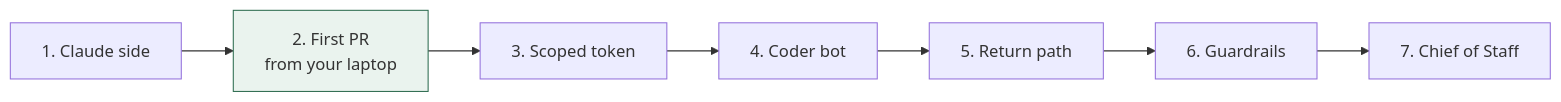
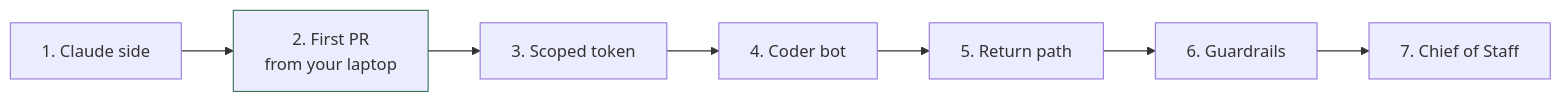
The diagram in docs/03-setup-guide.md (mathew-builds/Handoff), drawn with Mermaid before and after one commit. The commit also changed 6 other files, not shown here.

First line of the commit message:
fix: hard-coded Mermaid colours are unreadable in dark mode, including one I added today

````diff
--- a/docs/03-setup-guide.md
+++ b/docs/03-setup-guide.md
@@ -5,5 +5,5 @@
 ```mermaid
 flowchart LR
     S1[1. Claude side] --> S2[2. First PR<br/>from your laptop] --> S3[3. Scoped token] --> S4[4. Coder bot] --> S5[5. Return path] --> S6[6. Guardrails] --> S7[7. Chief of Staff]
-    style S2 fill:#EAF3EE,stroke:#2C6B4F
+    style S2 stroke:#2C6B4F
 ```
````
